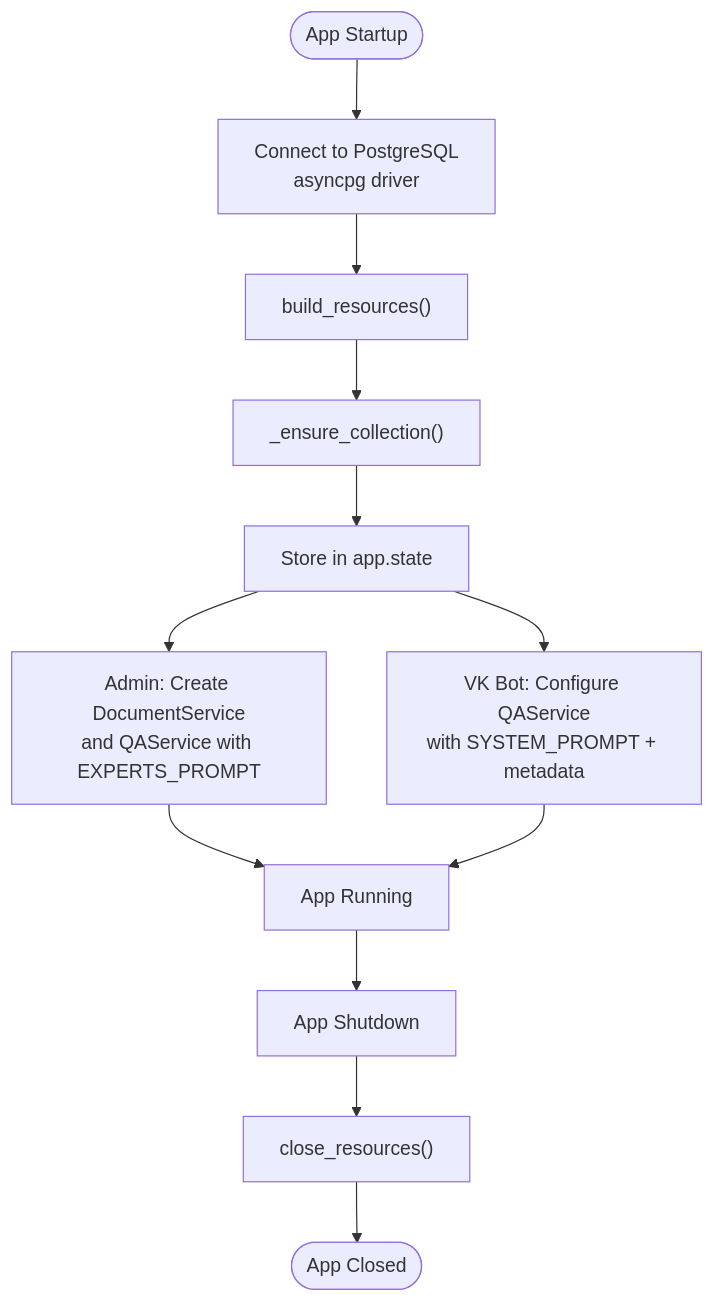
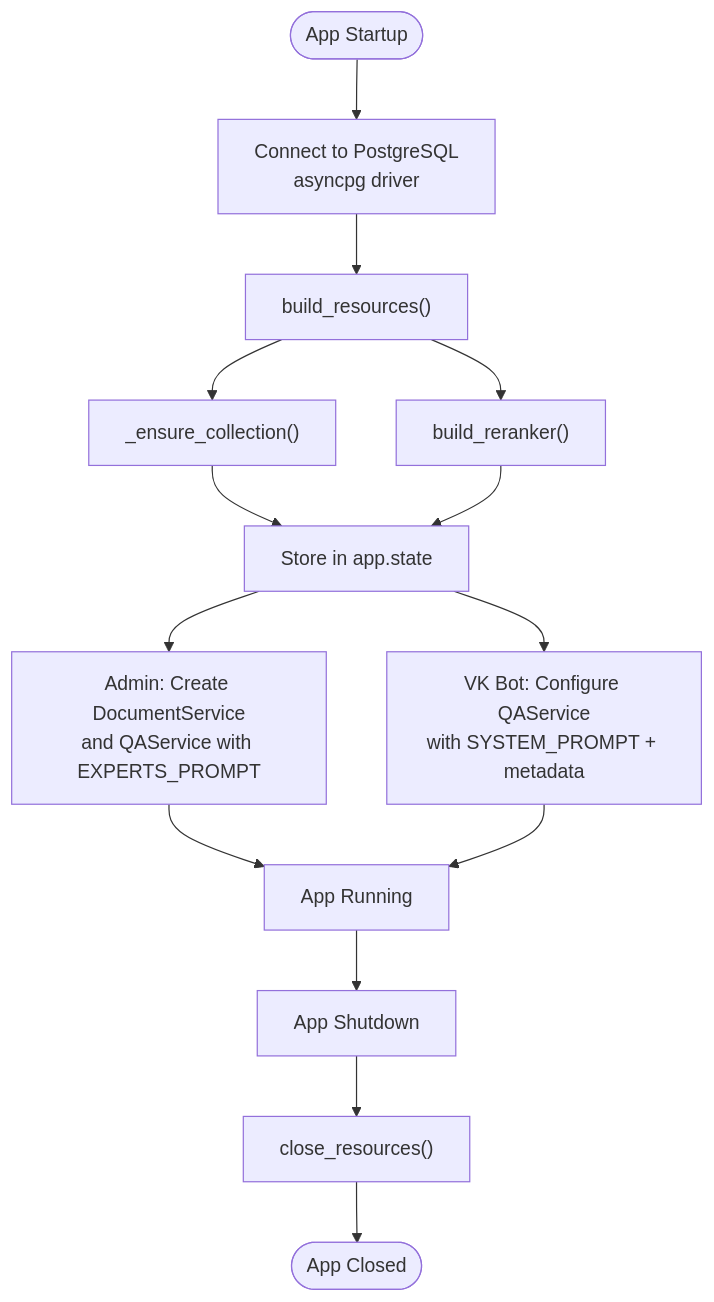
The fourth of 8 diagrams in .qoder/repowiki/en/content/API Reference/Resource Management System.md (ognelis/cafetera_hr_bot), drawn with Mermaid before and after one commit. The commit also changed other lines of this file and 6 other files, not shown here.

````diff
--- a/.qoder/repowiki/en/content/API Reference/Resource Management System.md
+++ b/.qoder/repowiki/en/content/API Reference/Resource Management System.md
@@ -231,14 +254,16 @@
 ```mermaid
 flowchart TD
 Start([App Startup]) --> InitDB["Connect to PostgreSQL<br/>asyncpg driver"]
 InitDB --> BuildRes["build_resources()"]
 BuildRes --> EnsureColl["_ensure_collection()"]
+BuildRes --> BuildReranker["build_reranker()"]
 EnsureColl --> StoreState["Store in app.state"]
+BuildReranker --> StoreState
 StoreState --> AdminSetup["Admin: Create DocumentService<br/>and QAService with EXPERTS_PROMPT"]
 StoreState --> VKSetup["VK Bot: Configure QAService<br/>with SYSTEM_PROMPT + metadata"]
 AdminSetup --> Running["App Running"]
 VKSetup --> Running
 Running --> Shutdown["App Shutdown"]
 Shutdown --> CloseRes["close_resources()"]
 CloseRes --> End([App Closed])
 ```
````
